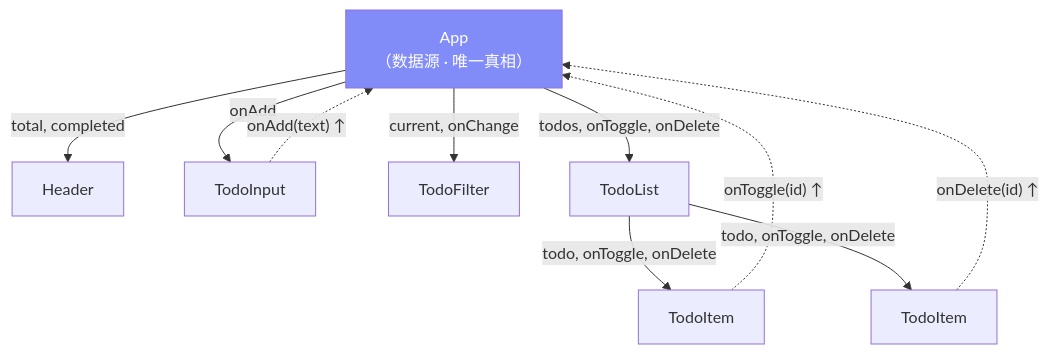
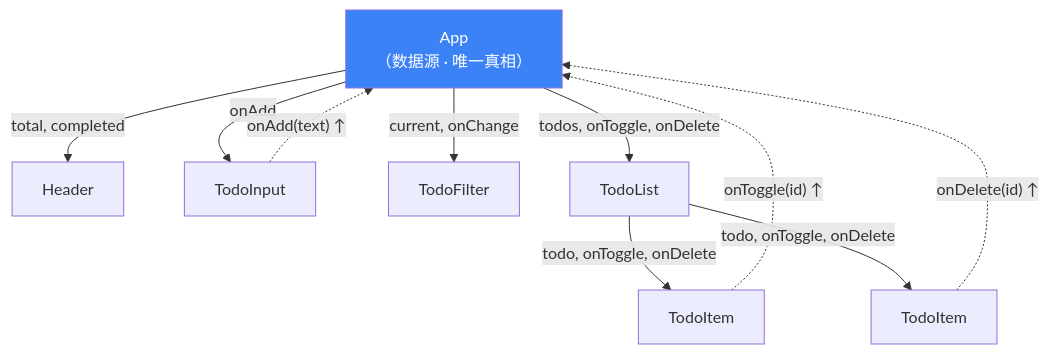
The fifth of 6 diagrams in docs/Lesson_02.md (boltguo/react_learn), drawn with Mermaid before and after one commit. The commit also changed other lines of this file and 31 other files, not shown here.

Commit message:
docs: 统一Mermaid术语与配色层级

````diff
--- a/docs/Lesson_02.md
+++ b/docs/Lesson_02.md
@@ -440,17 +452,17 @@
 ```mermaid
 flowchart TB
     App["App<br/>（数据源 · 唯一真相）"]
     
     App -->|"total, completed"| Header
     App -->|"onAdd"| TodoInput
     App -->|"current, onChange"| TodoFilter
     App -->|"todos, onToggle, onDelete"| TodoList
     TodoList -->|"todo, onToggle, onDelete"| TodoItem1["TodoItem"]
     TodoList -->|"todo, onToggle, onDelete"| TodoItem2["TodoItem"]
     
     TodoItem1 -.->|"onToggle(id) ↑"| App
     TodoItem2 -.->|"onDelete(id) ↑"| App
     TodoInput -.->|"onAdd(text) ↑"| App
 
-    style App fill:#818cf8,color:#fff
+    style App fill:#3b82f6,color:#fff
 ```
````
